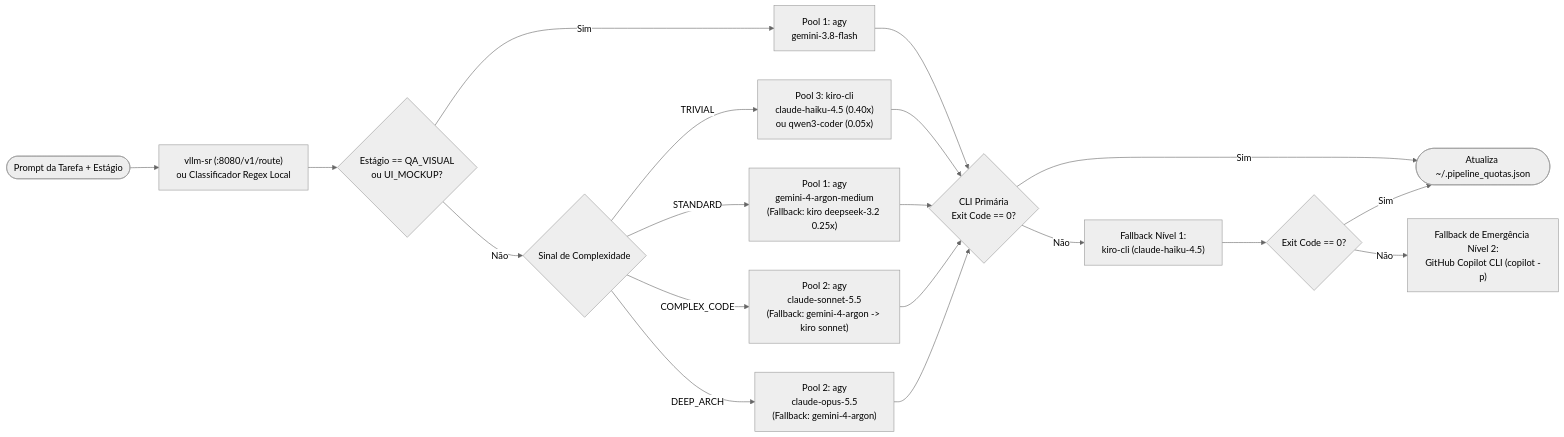
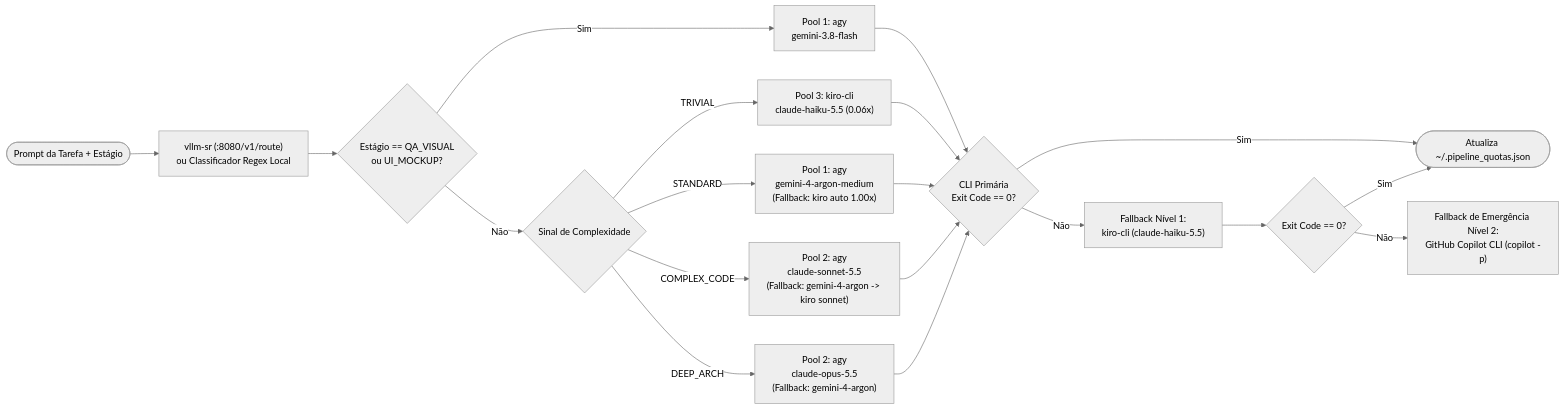
The third of 3 diagrams in README.pt-BR.md (gbntr/agenthub), drawn with Mermaid (neutral theme) before and after one commit. The commit also changed other lines of this file and 21 other files, not shown here.

````diff
--- a/README.pt-BR.md
+++ b/README.pt-BR.md
@@ -155,20 +155,20 @@
 ```mermaid
 flowchart LR
     Prompt(["Prompt da Tarefa + Estágio"]) --> Classifier["vllm-sr (:8080/v1/route)<br/>ou Classificador Regex Local"]
     Classifier --> StageCheck{"Estágio == QA_VISUAL<br/>ou UI_MOCKUP?"}
 
     StageCheck -- Sim --> Pool1_Flash["Pool 1: agy<br/>gemini-3.8-flash"]
     StageCheck -- Não --> CompCheck{"Sinal de Complexidade"}
 
-    CompCheck -- TRIVIAL --> KiroHaiku["Pool 3: kiro-cli<br/>claude-haiku-4.5 (0.40x)<br/>ou qwen3-coder (0.05x)"]
-    CompCheck -- STANDARD --> Pool1_Pro["Pool 1: agy<br/>gemini-4-argon-medium<br/>(Fallback: kiro deepseek-3.2 0.25x)"]
+    CompCheck -- TRIVIAL --> KiroHaiku["Pool 3: kiro-cli<br/>claude-haiku-5.5 (0.06x)"]
+    CompCheck -- STANDARD --> Pool1_Pro["Pool 1: agy<br/>gemini-4-argon-medium<br/>(Fallback: kiro auto 1.00x)"]
     CompCheck -- COMPLEX_CODE --> Pool2_Sonnet["Pool 2: agy<br/>claude-sonnet-5.5<br/>(Fallback: gemini-4-argon -> kiro sonnet)"]
     CompCheck -- DEEP_ARCH --> Pool2_Opus["Pool 2: agy<br/>claude-opus-5.5<br/>(Fallback: gemini-4-argon)"]
 
     Pool1_Flash & KiroHaiku & Pool1_Pro & Pool2_Sonnet & Pool2_Opus --> Exec{"CLI Primária<br/>Exit Code == 0?"}
     Exec -- Sim --> Done(["Atualiza ~/.pipeline_quotas.json"])
-    Exec -- Não --> FB1["Fallback Nível 1:<br/>kiro-cli (claude-haiku-4.5)"]
+    Exec -- Não --> FB1["Fallback Nível 1:<br/>kiro-cli (claude-haiku-5.5)"]
     FB1 --> FB1_Check{"Exit Code == 0?"}
     FB1_Check -- Sim --> Done
     FB1_Check -- Não --> FB2["Fallback de Emergência Nível 2:<br/>GitHub Copilot CLI (copilot -p)"]
 ```
````
